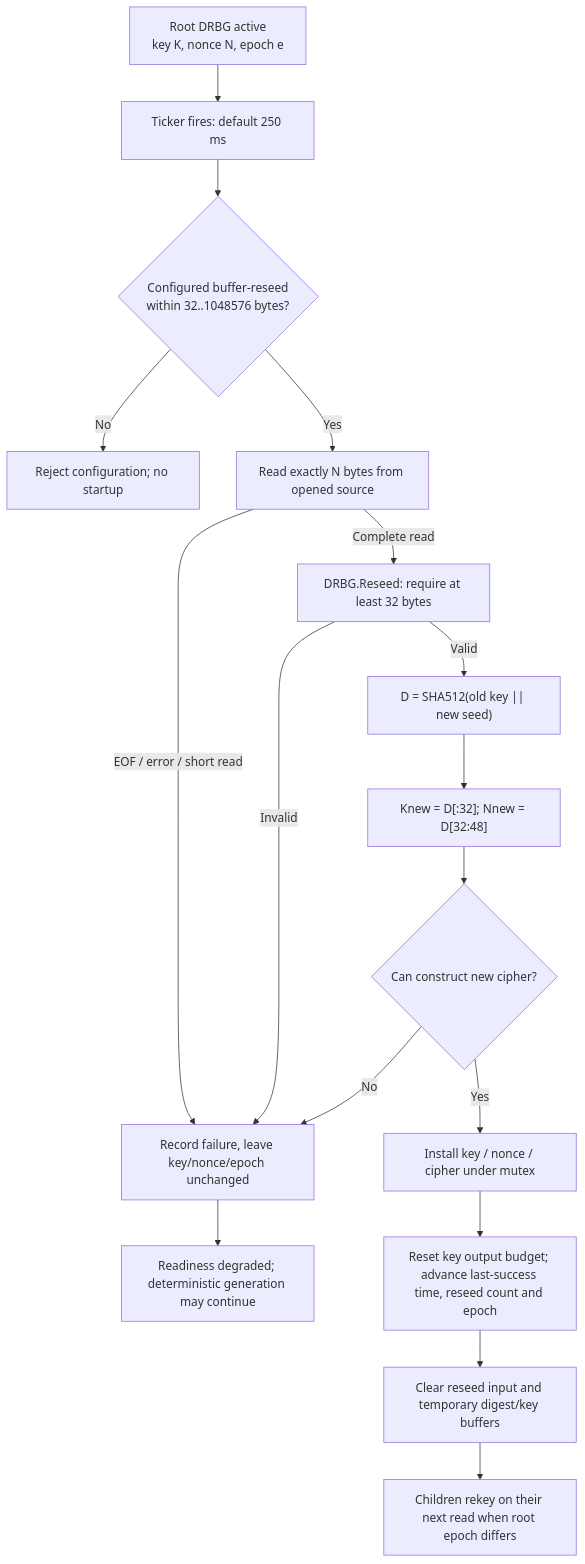
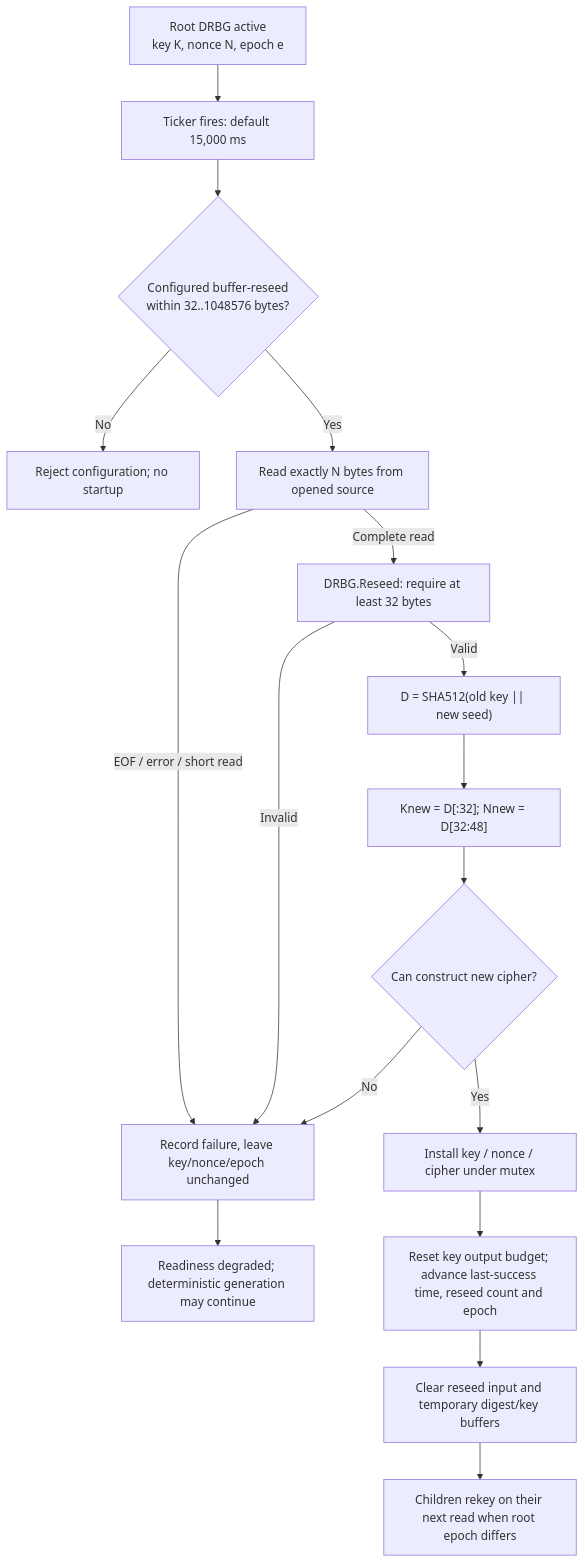
The diagram in docs/root-reseeding.md (fantuz/entropy-service), drawn with Mermaid before and after one commit. The commit also changed other lines of this file and 6 other files, not shown here.

First line of the commit message:
Set 15-second reseed default and architecture-specific DRBG defaults (#19)

````diff
--- a/docs/root-reseeding.md
+++ b/docs/root-reseeding.md
@@ -10,19 +10,19 @@
 ```mermaid
 flowchart TD
-    A["Root DRBG active<br/>key K, nonce N, epoch e"] --> T["Ticker fires: default 250 ms"]
+    A["Root DRBG active<br/>key K, nonce N, epoch e"] --> T["Ticker fires: default 15,000 ms"]
     T --> V{"Configured buffer-reseed<br/>within 32..1048576 bytes?"}
     V -->|No| X["Reject configuration; no startup"]
     V -->|Yes| R["Read exactly N bytes from opened source"]
     R -->|EOF / error / short read| F["Record failure, leave key/nonce/epoch unchanged"]
     R -->|Complete read| K["DRBG.Reseed: require at least 32 bytes"]
     K -->|Invalid| F
     K -->|Valid| H["D = SHA512(old key || new seed)"]
     H --> C["Knew = D[:32]; Nnew = D[32:48]"]
     C --> I{"Can construct new cipher?"}
     I -->|No| F
     I -->|Yes| S["Install key / nonce / cipher under mutex"]
     S --> U["Reset key output budget; advance last-success time, reseed count and epoch"]
     U --> Z["Clear reseed input and temporary digest/key buffers"]
     Z --> Y["Children rekey on their next read when root epoch differs"]
     F --> P["Readiness degraded; deterministic generation may continue"]
 ```
````
